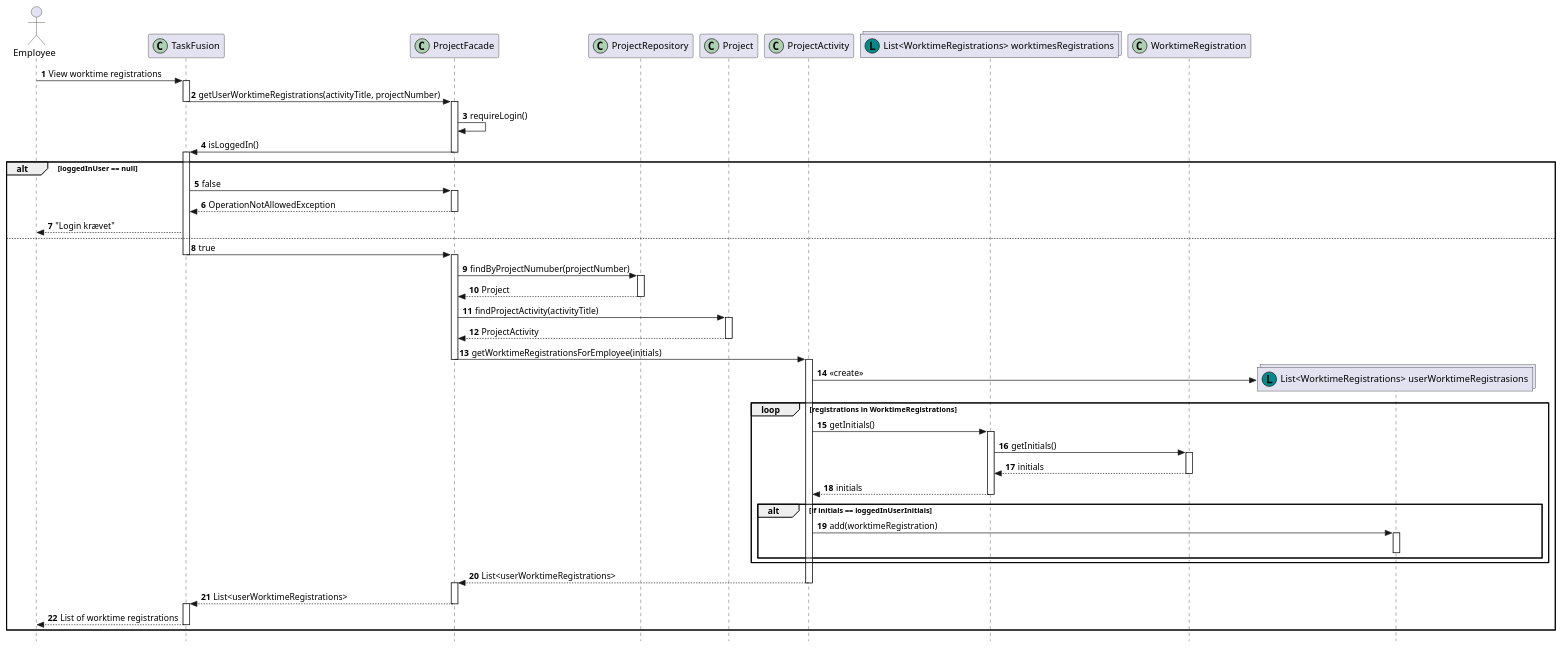
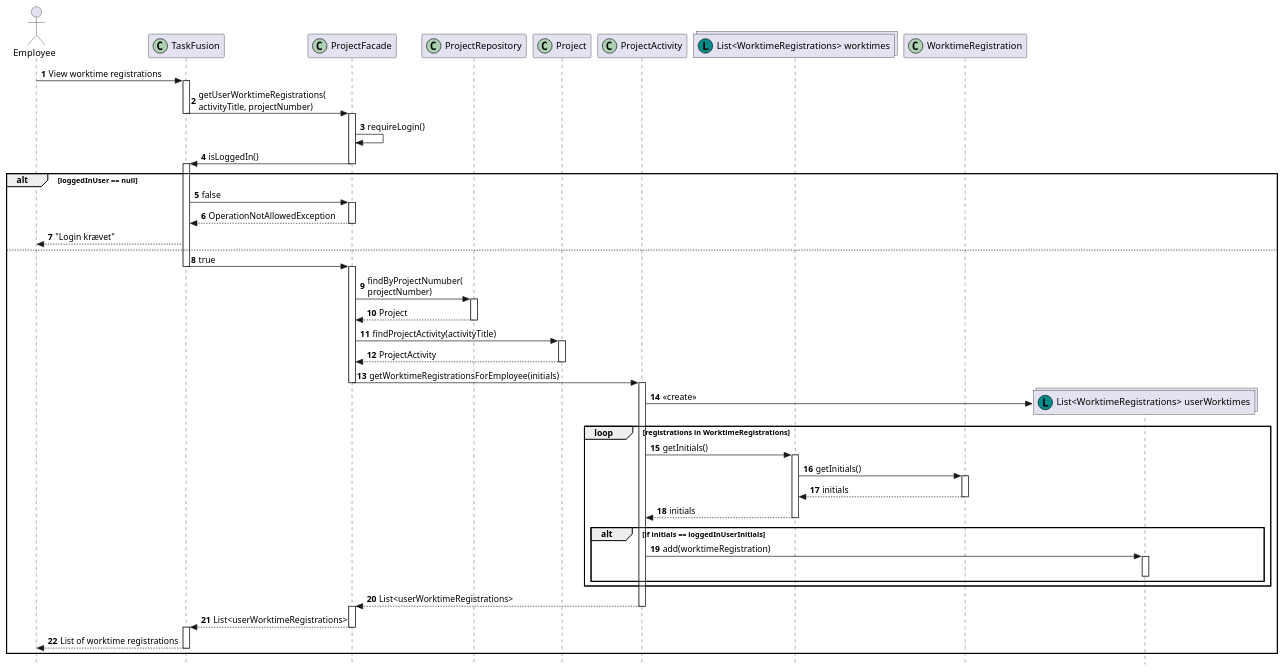
One commit to rwiuff/02161ExamProject changed the diagram in RequirementsAndDesign/SequenceDiagrams/viewWorktime.puml. Above: the diagram before and after it, drawn with PlantUML. The commit also changed 23 other files, not shown here.

```diff
--- a/RequirementsAndDesign/SequenceDiagrams/viewWorktime.puml
+++ b/RequirementsAndDesign/SequenceDiagrams/viewWorktime.puml
@@ -1,46 +1,46 @@
 @startuml seqViewWorktime
 autonumber
 hide footbox
 skinparam style strictuml
 hide unlinked
 actor "Employee" as employee
 participant "TaskFusion" as app << (C,#ADD1B2) >>
 participant "ProjectFacade" as projectfacade << (C,#ADD1B2) >>
 participant "ProjectRepository" as projectrepo << (C,#ADD1B2) >>
 participant "Project" as project << (C,#ADD1B2) >>
 participant "ProjectActivity" as projectactivity << (C,#ADD1B2) >>
-collections "List<WorktimeRegistrations> worktimesRegistrations" as wts << (L, DarkCyan) >>
+collections "List<WorktimeRegistrations> worktimes" as wts << (L, DarkCyan) >>
 participant "WorktimeRegistration" as wt << (C,#ADD1B2) >>
-collections "List<WorktimeRegistrations> userWorktimeRegistrasions" as empwts << (L, DarkCyan) >>
+collections "List<WorktimeRegistrations> userWorktimes" as empwts << (L, DarkCyan) >>
 employee -> app++: View worktime registrations
-app -> projectfacade--++: getUserWorktimeRegistrations(activityTitle, projectNumber)
+app -> projectfacade--++: getUserWorktimeRegistrations(\nactivityTitle, projectNumber)
 projectfacade -> projectfacade: requireLogin()
 projectfacade -> app--++: isLoggedIn()
 alt loggedInUser == null
     app -> projectfacade++: false
     projectfacade --> app--: OperationNotAllowedException
     app --> employee: "Login krævet"
 else
     app -> projectfacade--++: true
-    projectfacade -> projectrepo++: findByProjectNumuber(projectNumber)
+    projectfacade -> projectrepo++: findByProjectNumuber(\nprojectNumber)
     projectrepo --> projectfacade--: Project
     projectfacade -> project++: findProjectActivity(activityTitle)
     project --> projectfacade--: ProjectActivity
     projectfacade -> projectactivity--++: getWorktimeRegistrationsForEmployee(initials)
     projectactivity -> empwts**: <<create>>
     loop registrations in WorktimeRegistrations
         projectactivity -> wts++: getInitials()
         wts -> wt++: getInitials()
         wt --> wts--: initials
         wts --> projectactivity--: initials
         alt if initials == loggedInUserInitials
             projectactivity -> empwts++: add(worktimeRegistration)
             deactivate empwts
         end
     end
     projectactivity --> projectfacade--++: List<userWorktimeRegistrations>
     projectfacade --> app--++: List<userWorktimeRegistrations>
     app --> employee --: List of worktime registrations
 end
 
 @enduml
```
